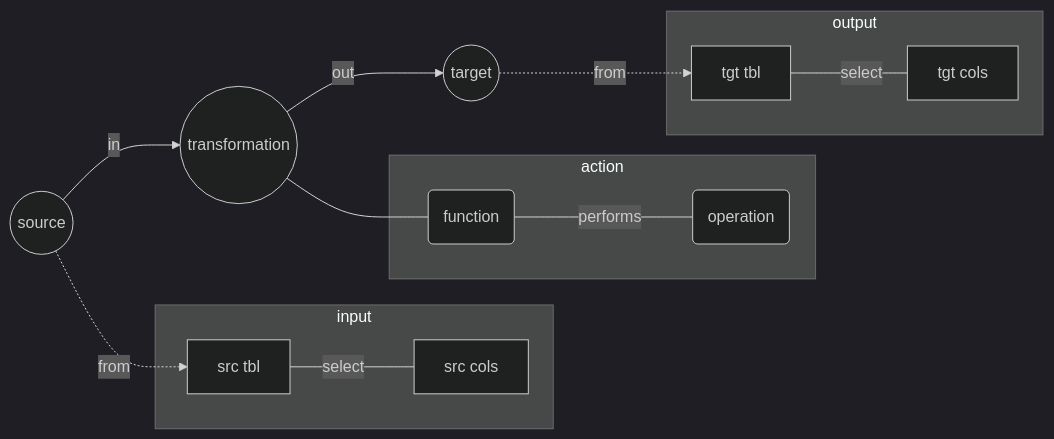
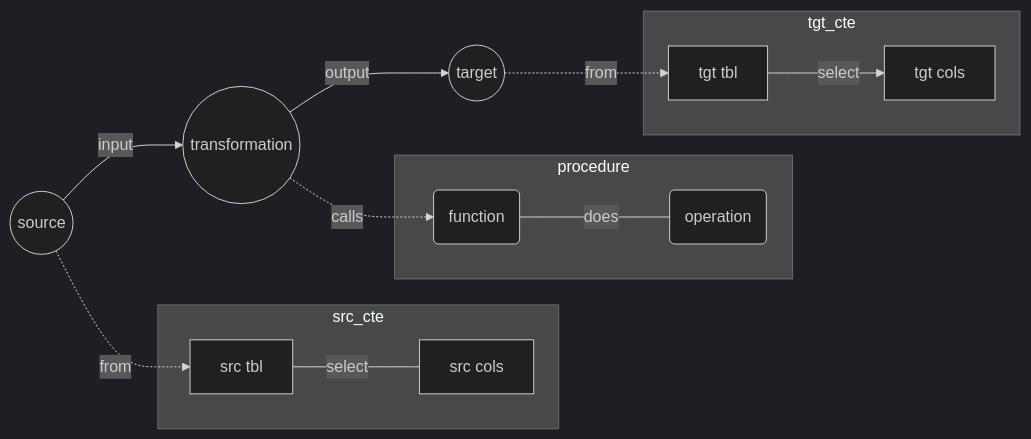
One commit to Heinzad/heinzad.github.io changed the first of 3 diagrams in _posts/2022-11-02-column-transformations-with-t-sql.md. Above: the diagram before and after it, drawn with Mermaid (dark theme).

````diff
--- a/_posts/2022-11-02-column-transformations-with-t-sql.md
+++ b/_posts/2022-11-02-column-transformations-with-t-sql.md
@@ -33,23 +33,23 @@
 ```mermaid 
 graph LR; 
-S((source)) -- in --> X((transformation)) 
-X -- out --> T((target))
+S((source)) -- input --> X((transformation)) 
+X -- output --> T((target))
 S -. from .-> ST[src tbl] 
 ST -- select --- SC[src cols]   
-X --- XF(function) 
-XF -- performs --- XO(operation) 
+X -. calls .-> XF(function) 
+XF -- does --- XO(operation) 
 T -. from .-> TT[tgt tbl]  
-TT -- select --- TC[tgt cols]
-subgraph input  
+TT -- select --> TC[tgt cols]
+subgraph src_cte  
 SC
 ST
 end 
-subgraph action  
+subgraph procedure  
 XF 
 XO
 end
-subgraph output 
+subgraph tgt_cte 
 TC
 TT 
 end 
 ``` 
````
